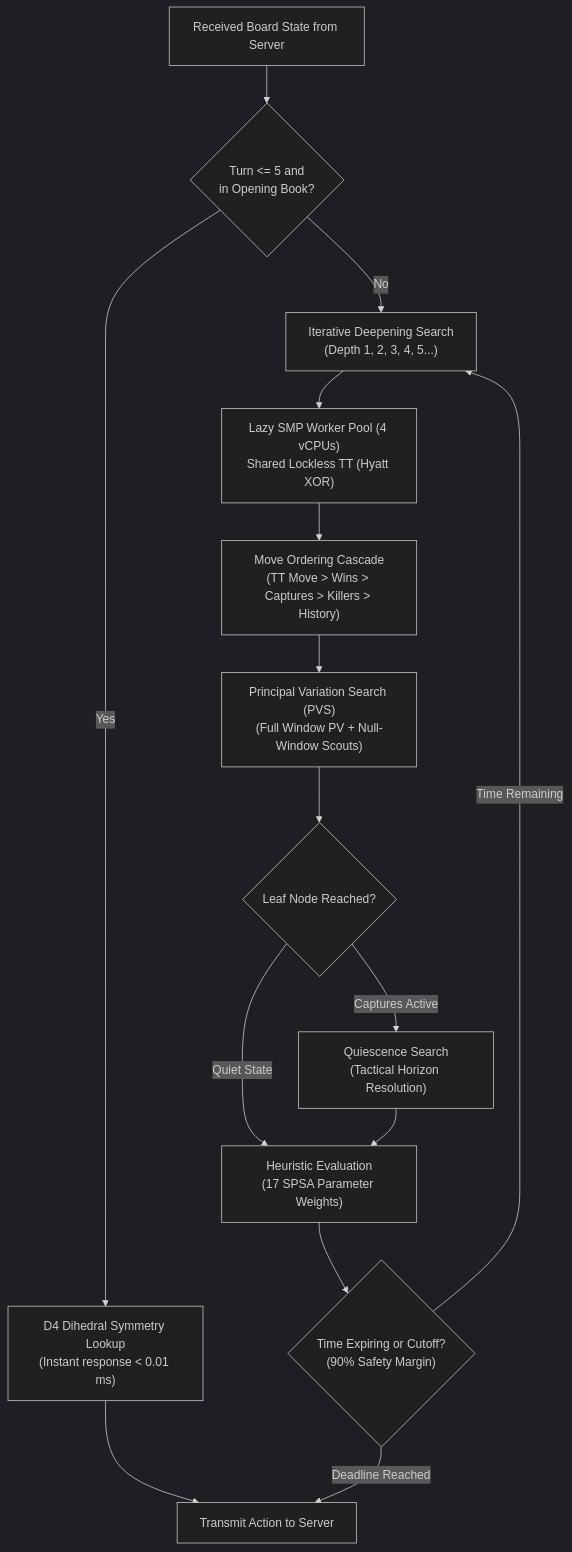
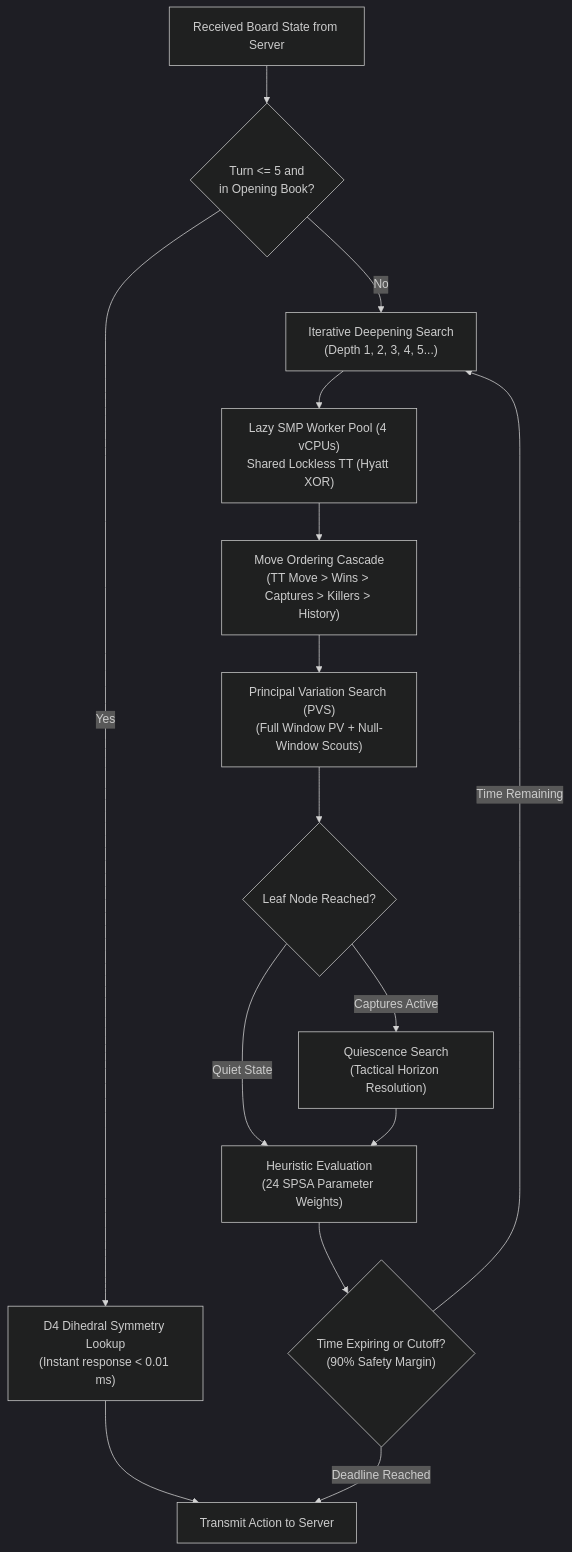
The diagram in README.md (MercuryDCD/Tablut-FundamentalsAIMASTER), drawn with Mermaid (dark theme) before and after one commit. The commit also changed other lines of this file and 18 other files, not shown here.

````diff
--- a/README.md
+++ b/README.md
@@ -48,23 +65,23 @@
 ```mermaid
 flowchart TD
     State["Received Board State from Server"] --> BookCheck{"Turn <= 5 and<br/>in Opening Book?"}
     
     BookCheck -- "Yes" --> BookLookup["D4 Dihedral Symmetry Lookup<br/>(Instant response < 0.01 ms)"]
     BookLookup --> SendMove["Transmit Action to Server"]
     
     BookCheck -- "No" --> IDS["Iterative Deepening Search<br/>(Depth 1, 2, 3, 4, 5...)"]
     
     IDS --> SMP["Lazy SMP Worker Pool (4 vCPUs)<br/>Shared Lockless TT (Hyatt XOR)"]
     SMP --> MoveOrder["Move Ordering Cascade<br/>(TT Move > Wins > Captures > Killers > History)"]
     MoveOrder --> PVS["Principal Variation Search (PVS)<br/>(Full Window PV + Null-Window Scouts)"]
     
     PVS --> LeafCheck{"Leaf Node Reached?"}
     LeafCheck -- "Captures Active" --> Quiescence["Quiescence Search<br/>(Tactical Horizon Resolution)"]
-    LeafCheck -- "Quiet State" --> Eval["Heuristic Evaluation<br/>(17 SPSA Parameter Weights)"]
+    LeafCheck -- "Quiet State" --> Eval["Heuristic Evaluation<br/>(24 SPSA Parameter Weights)"]
     
     Quiescence --> Eval
     Eval --> TimeCheck{"Time Expiring or Cutoff?<br/>(90% Safety Margin)"}
     
     TimeCheck -- "Time Remaining" --> IDS
     TimeCheck -- "Deadline Reached" --> SendMove
 ```
````
